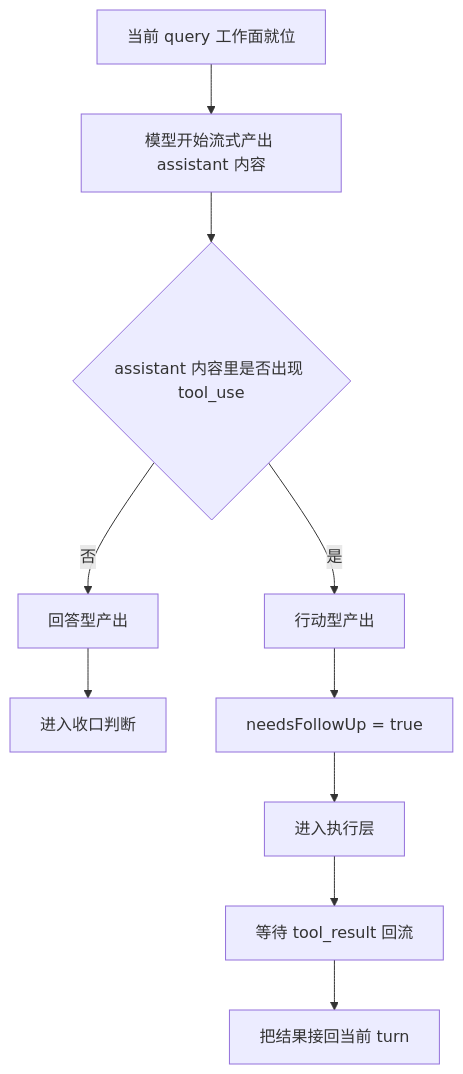
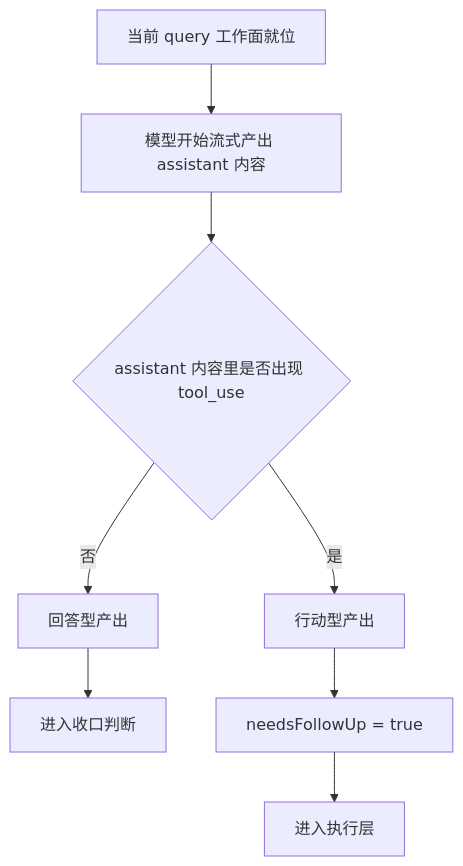
One commit to T0UGH/claude-code-source-guide changed the diagram in docs/guidebookv2/volume-2/05-how-the-system-decides-to-act.md. Above: the diagram before and after it, drawn with Mermaid. The commit also changed other lines of this file and 6 other files, not shown here.

````diff
--- a/docs/guidebookv2/volume-2/05-how-the-system-decides-to-act.md
+++ b/docs/guidebookv2/volume-2/05-how-the-system-decides-to-act.md
@@ -90,12 +90,10 @@
 ```mermaid
 flowchart TD
     A[当前 query 工作面就位] --> B[模型开始流式产出 assistant 内容]
     B --> C{assistant 内容里是否出现 tool_use}
     C -- 否 --> D[回答型产出]
     D --> E[进入收口判断]
     C -- 是 --> F[行动型产出]
     F --> G[needsFollowUp = true]
     G --> H[进入执行层]
-    H --> I[等待 tool_result 回流]
-    I --> J[把结果接回当前 turn]
 ```
````
